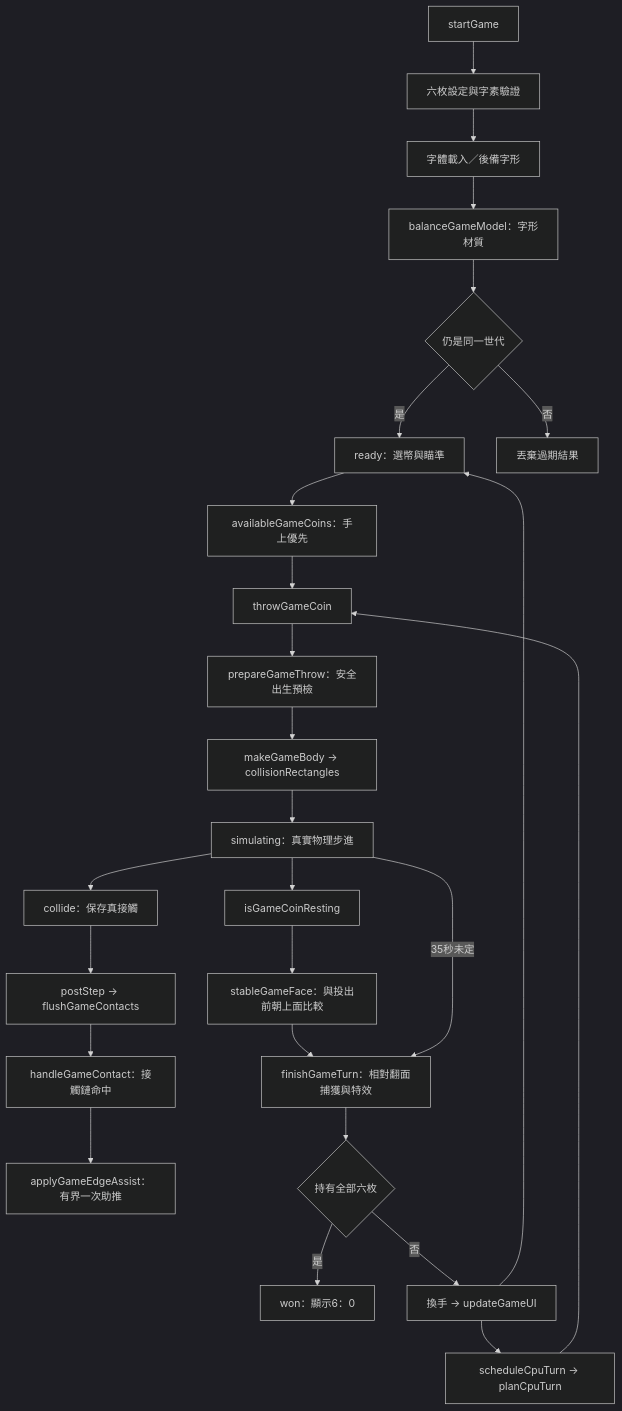
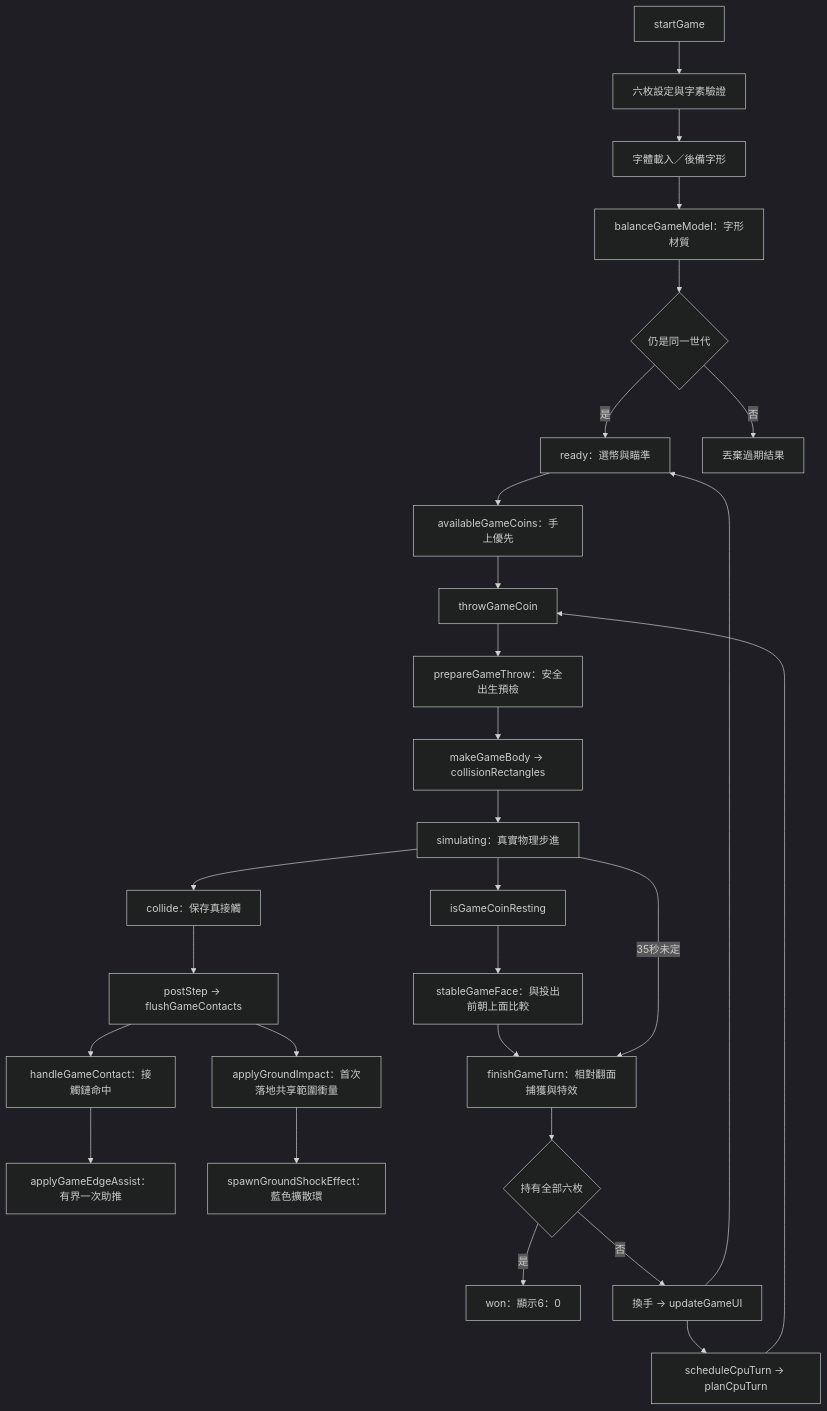
Before and after one commit to MiuDog/ong-a-piau: the fourth of 4 diagrams in architecture.md, drawn with Mermaid (dark theme). The commit also changed other lines of this file and 8 other files, not shown here.

````diff
--- a/architecture.md
+++ b/architecture.md
@@ -88,28 +88,30 @@
 ```mermaid
 flowchart TD
 	Setup[startGame] --> Validate[六枚設定與字素驗證]
 	Validate --> Font[字體載入／後備字形]
 	Font --> Material[balanceGameModel：字形材質]
 	Material --> Epoch{仍是同一世代}
 	Epoch -->|是| Ready[ready：選幣與瞄準]
 	Epoch -->|否| Ignore[丟棄過期結果]
 	Ready --> Available[availableGameCoins：手上優先]
 	Available --> Throw[throwGameCoin]
 	Throw --> Prepare[prepareGameThrow：安全出生預檢]
 	Prepare --> Shape[makeGameBody → collisionRectangles]
 	Shape --> Sim[simulating：真實物理步進]
 	Sim --> Queue[collide：保存真接觸]
 	Queue --> Flush[postStep → flushGameContacts]
 	Flush --> Hit[handleGameContact：接觸鏈命中]
 	Hit --> Edge[applyGameEdgeAssist：有界一次助推]
+	Flush --> Shock[applyGroundImpact：首次落地共享範圍衝量]
+	Shock --> Ring[spawnGroundShockEffect：藍色擴散環]
 	Sim --> Rest[isGameCoinResting]
 	Rest --> Face[stableGameFace：與投出前朝上面比較]
 	Face --> Capture[finishGameTurn：相對翻面捕獲與特效]
 	Capture --> Count{持有全部六枚}
 	Count -->|是| Won[won：顯示6：0]
 	Count -->|否| Next[換手 → updateGameUI]
 	Next --> CPU[scheduleCpuTurn → planCpuTurn]
 	CPU --> Throw
 	Next --> Ready
 	Sim -->|35秒未定| Capture
 ```
````
